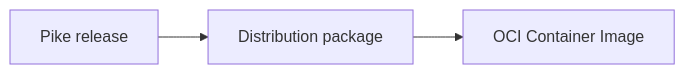
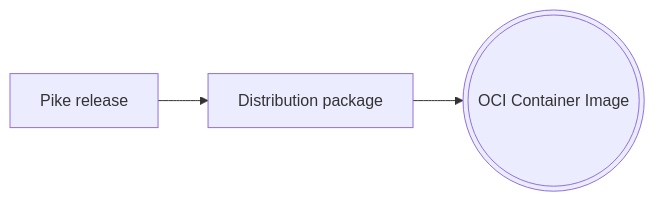
One commit to pikelang/pike-docker changed the diagram in README.md. Above: the diagram before and after it, drawn with Mermaid.

````diff
--- a/README.md
+++ b/README.md
@@ -7,4 +7,4 @@
 ```mermaid
 graph LR
-P[Pike release] --> D[Distribution package] --> I[OCI Container Image]
+P[Pike release] --> D[Distribution package] --> I(((OCI Container Image)))
 ```
````
